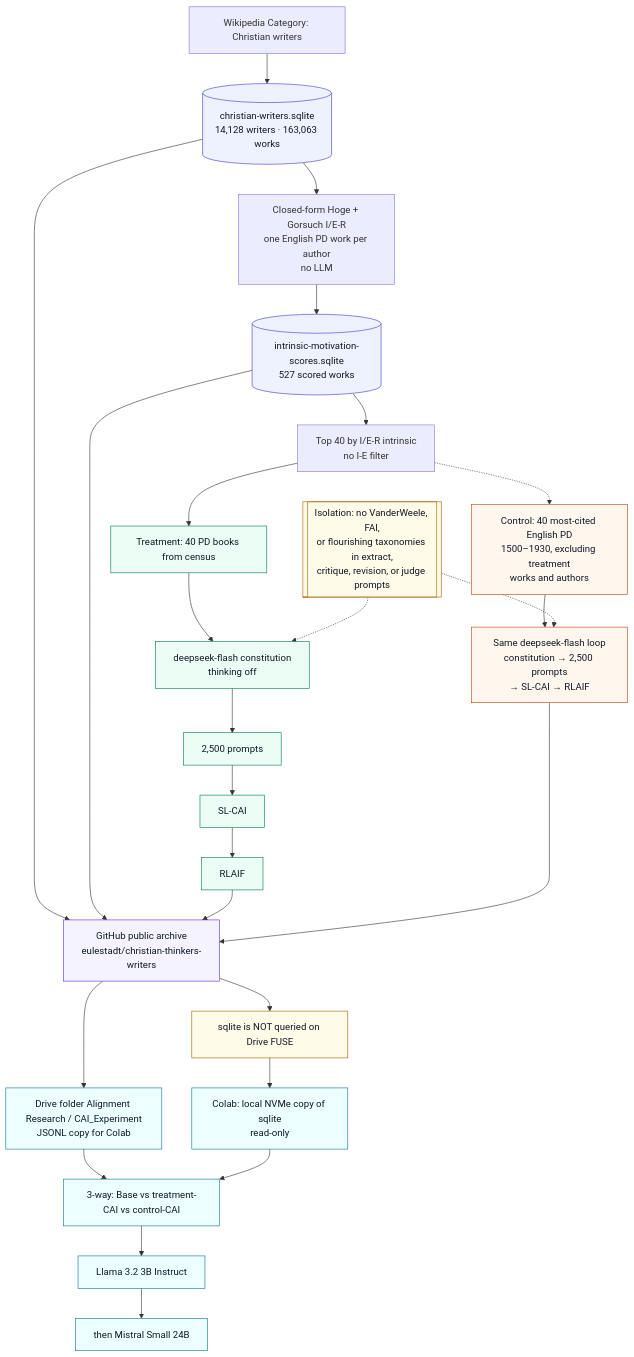
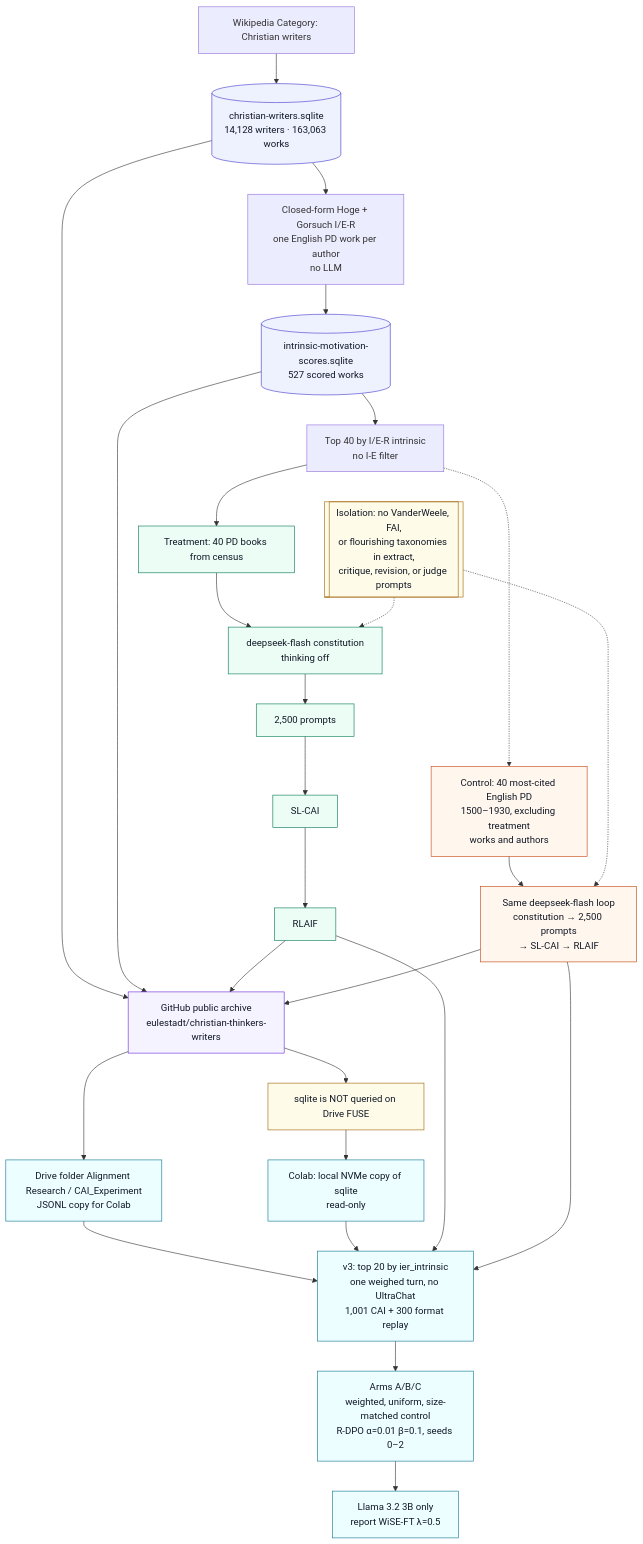
The diagram in docs/pipeline-flowchart.mmd (eulestadt/christian-thinkers-writers), drawn with Mermaid before and after one commit. The commit also changed 20 other files, not shown here.

```diff
--- a/docs/pipeline-flowchart.mmd
+++ b/docs/pipeline-flowchart.mmd
@@ -1,56 +1,58 @@
 flowchart TB
   WP["Wikipedia Category: Christian writers"]
   CDB[("christian-writers.sqlite<br/>14,128 writers · 163,063 works")]
   SC["Closed-form Hoge + Gorsuch I/E-R<br/>one English PD work per author<br/>no LLM"]
   SDB[("intrinsic-motivation-scores.sqlite<br/>527 scored works")]
   T40["Top 40 by I/E-R intrinsic<br/>no I-E filter"]
 
   WP --> CDB --> SC --> SDB --> T40
 
   ISO[["Isolation: no VanderWeele, FAI,<br/>or flourishing taxonomies in extract,<br/>critique, revision, or judge prompts"]]
 
   TB["Treatment: 40 PD books from census"]
   TC["deepseek-flash constitution<br/>thinking off"]
   TP["2,500 prompts"]
   TSL["SL-CAI"]
   TRL["RLAIF"]
   T40 --> TB --> TC --> TP --> TSL --> TRL
   ISO -.-> TC
 
   CB["Control: 40 most-cited English PD<br/>1500–1930, excluding treatment<br/>works and authors"]
   CC["Same deepseek-flash loop<br/>constitution → 2,500 prompts<br/>→ SL-CAI → RLAIF"]
   T40 -.-> CB --> CC
   ISO -.-> CC
 
   GH["GitHub public archive<br/>eulestadt/christian-thinkers-writers"]
   CDB --> GH
   SDB --> GH
   TRL --> GH
   CC --> GH
 
   JL["Drive folder Alignment Research / CAI_Experiment<br/>JSONL copy for Colab"]
   NF["sqlite is NOT queried on Drive FUSE"]
   GH --> JL
   GH --> NF
 
   NV["Colab: local NVMe copy of sqlite<br/>read-only"]
-  AR["3-way: Base vs treatment-CAI vs control-CAI"]
-  L3["Llama 3.2 3B Instruct"]
-  MS["then Mistral Small 24B"]
+  V3["v3: top 20 by ier_intrinsic<br/>one weighed turn, no UltraChat<br/>1,001 CAI + 300 format replay"]
+  ARMS["Arms A/B/C<br/>weighted, uniform, size-matched control<br/>R-DPO α=0.01 β=0.1, seeds 0–2"]
+  L3["Llama 3.2 3B only<br/>report WiSE-FT λ=0.5"]
   NF --> NV
-  JL --> AR
-  NV --> AR
-  AR --> L3 --> MS
+  JL --> V3
+  NV --> V3
+  TRL --> V3
+  CC --> V3
+  V3 --> ARMS --> L3
 
   classDef db fill:#eef2ff,stroke:#4338ca,color:#111827
   classDef treat fill:#ecfdf5,stroke:#047857,color:#111827
   classDef ctrl fill:#fff7ed,stroke:#c2410c,color:#111827
   classDef iso fill:#fefce8,stroke:#a16207,color:#111827
   classDef gh fill:#f5f3ff,stroke:#6d28d9,color:#111827
   classDef col fill:#ecfeff,stroke:#0e7490,color:#111827
   class CDB,SDB db
   class TB,TC,TP,TSL,TRL treat
   class CB,CC ctrl
   class ISO,NF iso
   class GH gh
-  class JL,NV,AR,L3,MS col
+  class JL,NV,V3,ARMS,L3 col
```
